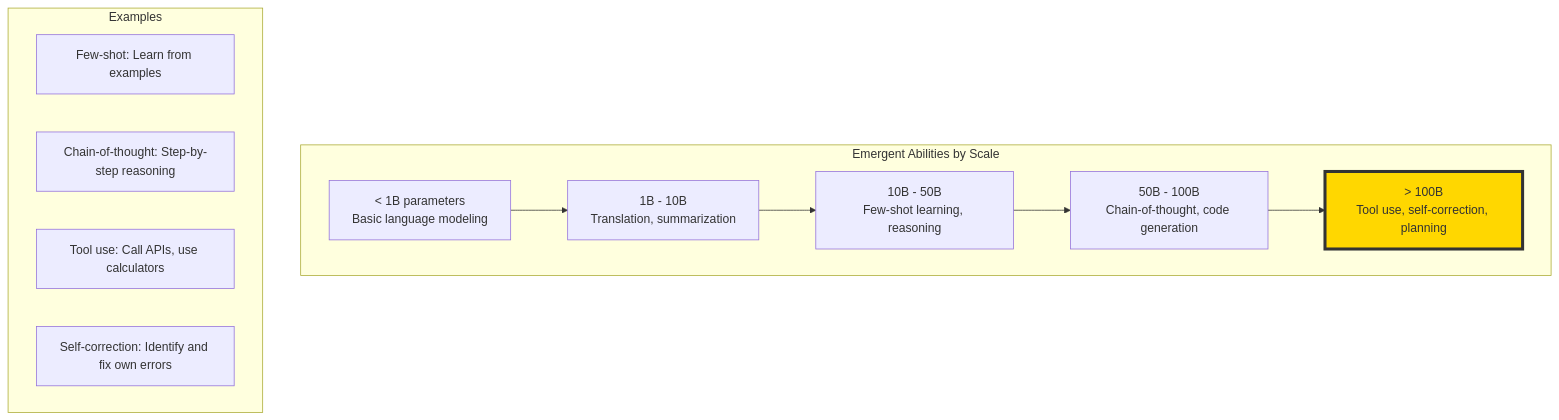
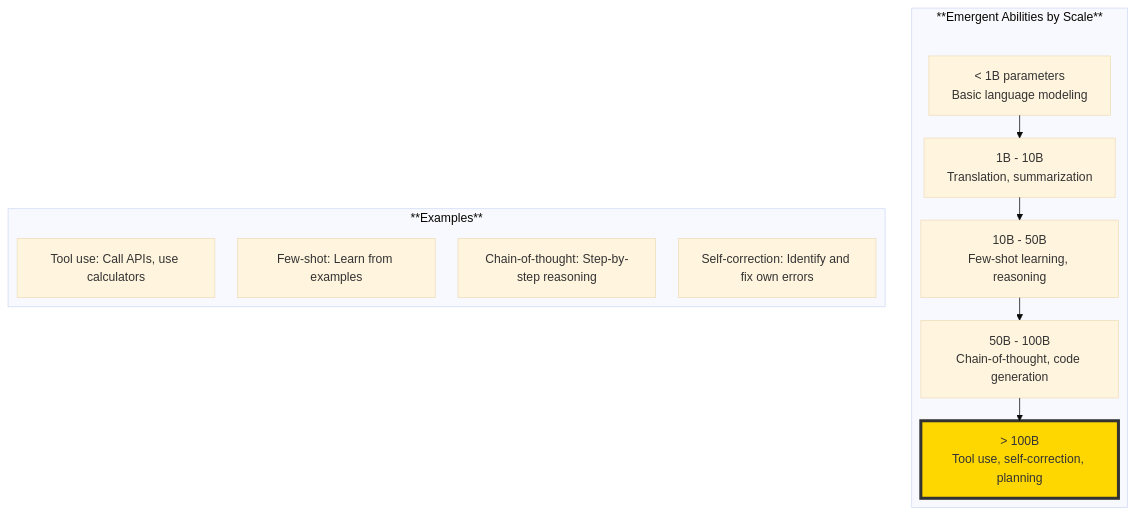
Before and after one commit to Vineet-Sharma-Medium-Stories/Medium-Build-Tool: the third of 3 diagrams in The 2026 AI Metromap/The 2026 AI Metromap: GPT & LLM Architecture – Understanding the Engine of the Express Train.md, drawn with Mermaid. The commit also changed other lines of this file and 37 other files, not shown here.

````diff
--- a/The 2026 AI Metromap/The 2026 AI Metromap: GPT & LLM Architecture – Understanding the Engine of the Express Train.md
+++ b/The 2026 AI Metromap/The 2026 AI Metromap: GPT & LLM Architecture – Understanding the Engine of the Express Train.md
@@ -262,18 +272,23 @@
 ```mermaid
+---
+config:
+  theme: base
+  layout: elk
+---
 graph TD
-    subgraph "Emergent Abilities by Scale"
+    subgraph "**Emergent Abilities by Scale**"
         S1[< 1B parameters<br/>Basic language modeling] --> S2[1B - 10B<br/>Translation, summarization]
         S2 --> S3[10B - 50B<br/>Few-shot learning, reasoning]
         S3 --> S4[50B - 100B<br/>Chain-of-thought, code generation]
         S4 --> S5[> 100B<br/>Tool use, self-correction, planning]
     end
     
-    subgraph "Examples"
+    subgraph "**Examples**"
         E1[Few-shot: Learn from examples]
         E2[Chain-of-thought: Step-by-step reasoning]
         E3[Tool use: Call APIs, use calculators]
         E4[Self-correction: Identify and fix own errors]
     end
     
     style S5 fill:#ffd700,stroke:#333,stroke-width:4px
 ```
````
